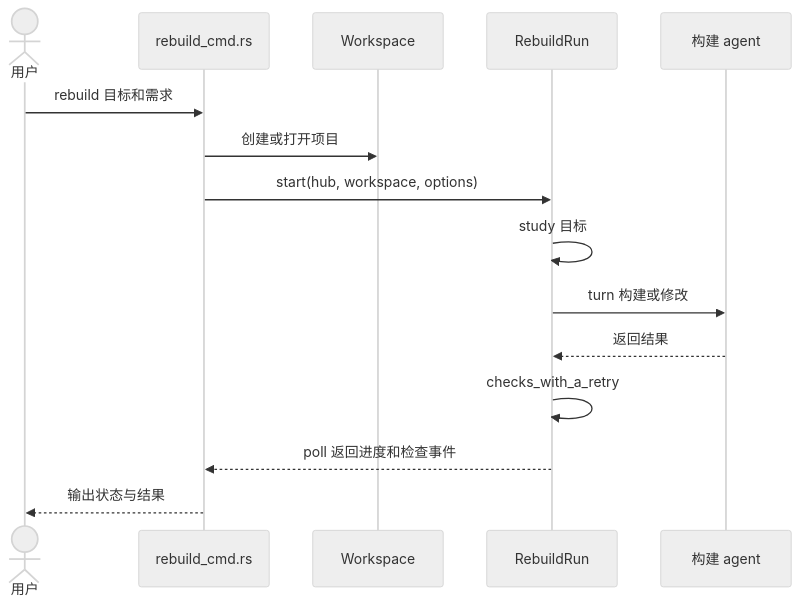
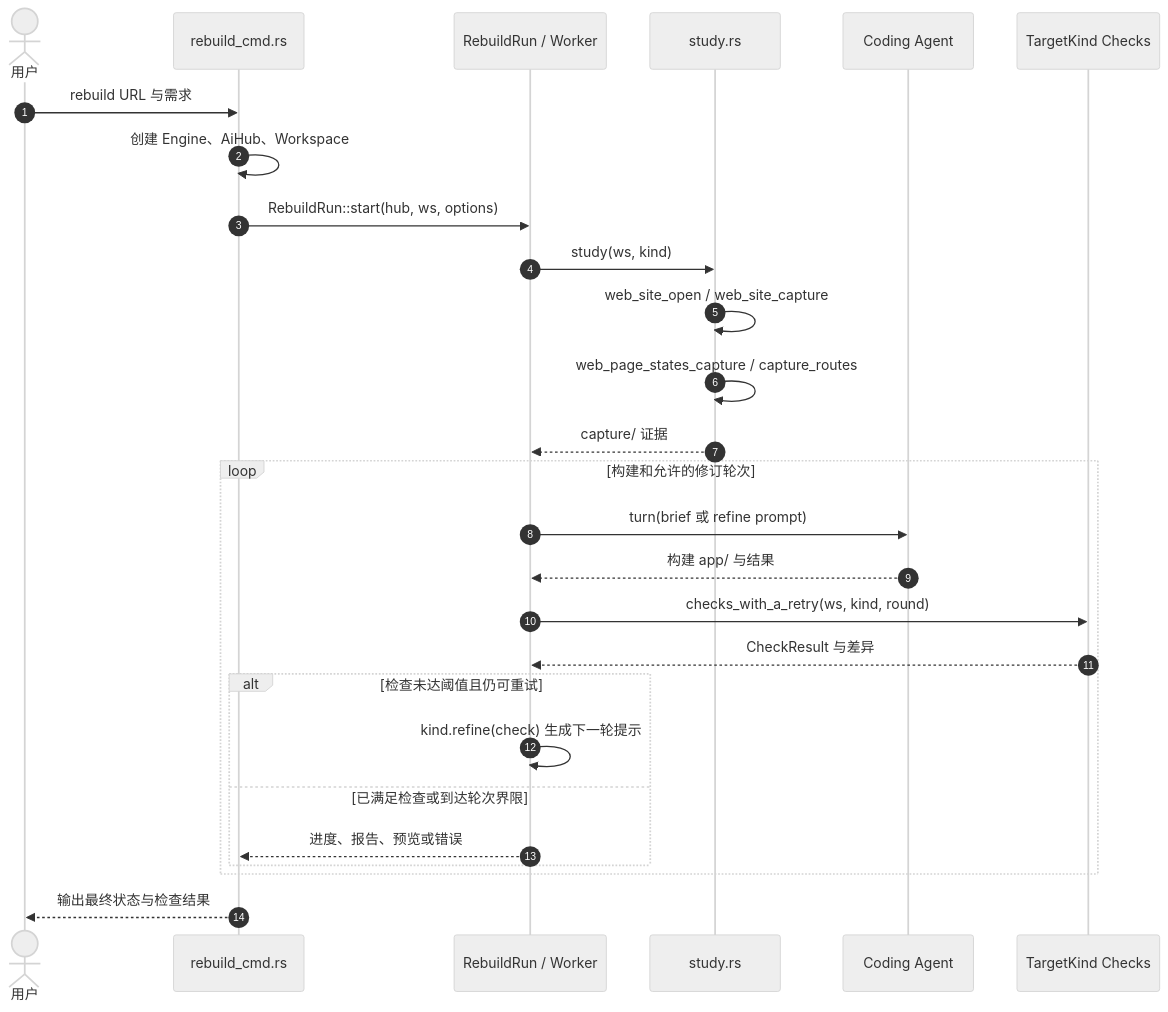
Before and after one commit to ImChong/Robotics_Notebooks: the second of 2 diagrams in wiki/entities/craft-anything.md, drawn with Mermaid (neutral theme). The commit also changed other lines of this file, not shown here.

````diff
--- a/wiki/entities/craft-anything.md
+++ b/wiki/entities/craft-anything.md
@@ -55,17 +81,29 @@
 ```mermaid
 sequenceDiagram
-  actor U as 用户
-  participant C as rebuild_cmd.rs
-  participant W as Workspace
-  participant R as RebuildRun
-  participant A as 构建 agent
-  U->>C: rebuild 目标和需求
-  C->>W: 创建或打开项目
-  C->>R: start(hub, workspace, options)
-  R->>R: study 目标
-  R->>A: turn 构建或修改
-  A-->>R: 返回结果
-  R->>R: checks_with_a_retry
-  R-->>C: poll 返回进度和检查事件
-  C-->>U: 输出状态与结果
+  autonumber
+  actor User as 用户
+  participant CLI as rebuild_cmd.rs
+  participant Run as RebuildRun / Worker
+  participant Study as study.rs
+  participant Agent as Coding Agent
+  participant Check as TargetKind Checks
+  User->>CLI: rebuild URL 与需求
+  CLI->>CLI: 创建 Engine、AiHub、Workspace
+  CLI->>Run: RebuildRun::start(hub, ws, options)
+  Run->>Study: study(ws, kind)
+  Study->>Study: web_site_open / web_site_capture
+  Study->>Study: web_page_states_capture / capture_routes
+  Study-->>Run: capture/ 证据
+  loop 构建和允许的修订轮次
+    Run->>Agent: turn(brief 或 refine prompt)
+    Agent-->>Run: 构建 app/ 与结果
+    Run->>Check: checks_with_a_retry(ws, kind, round)
+    Check-->>Run: CheckResult 与差异
+    alt 检查未达阈值且仍可重试
+      Run->>Run: kind.refine(check) 生成下一轮提示
+    else 已满足检查或到达轮次界限
+      Run-->>CLI: 进度、报告、预览或错误
+    end
+  end
+  CLI-->>User: 输出最终状态与检查结果
 ```
````
